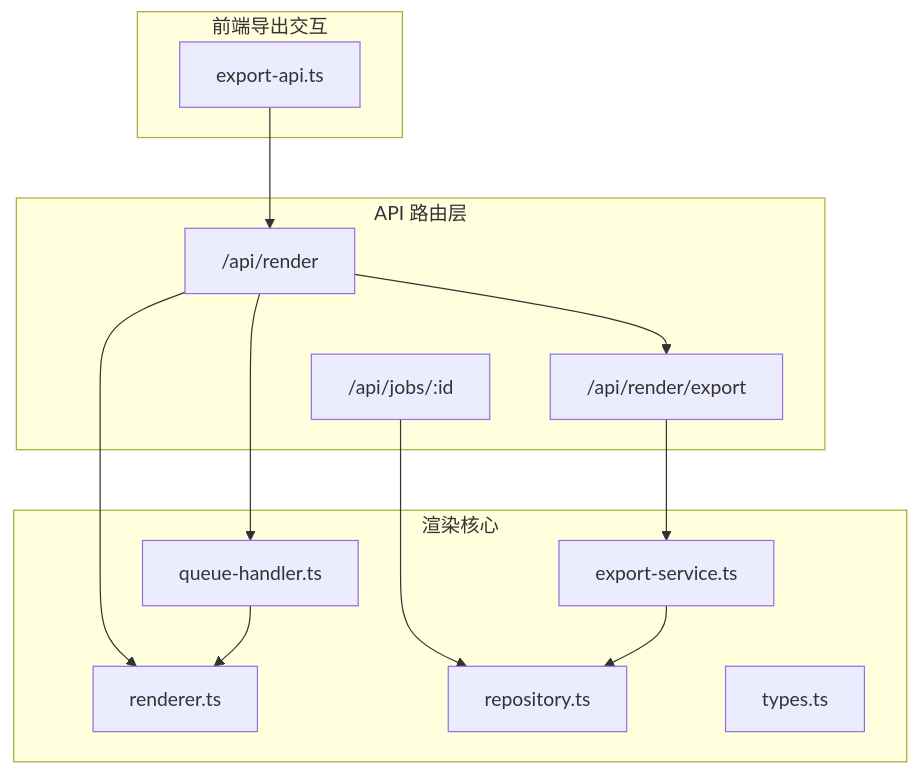
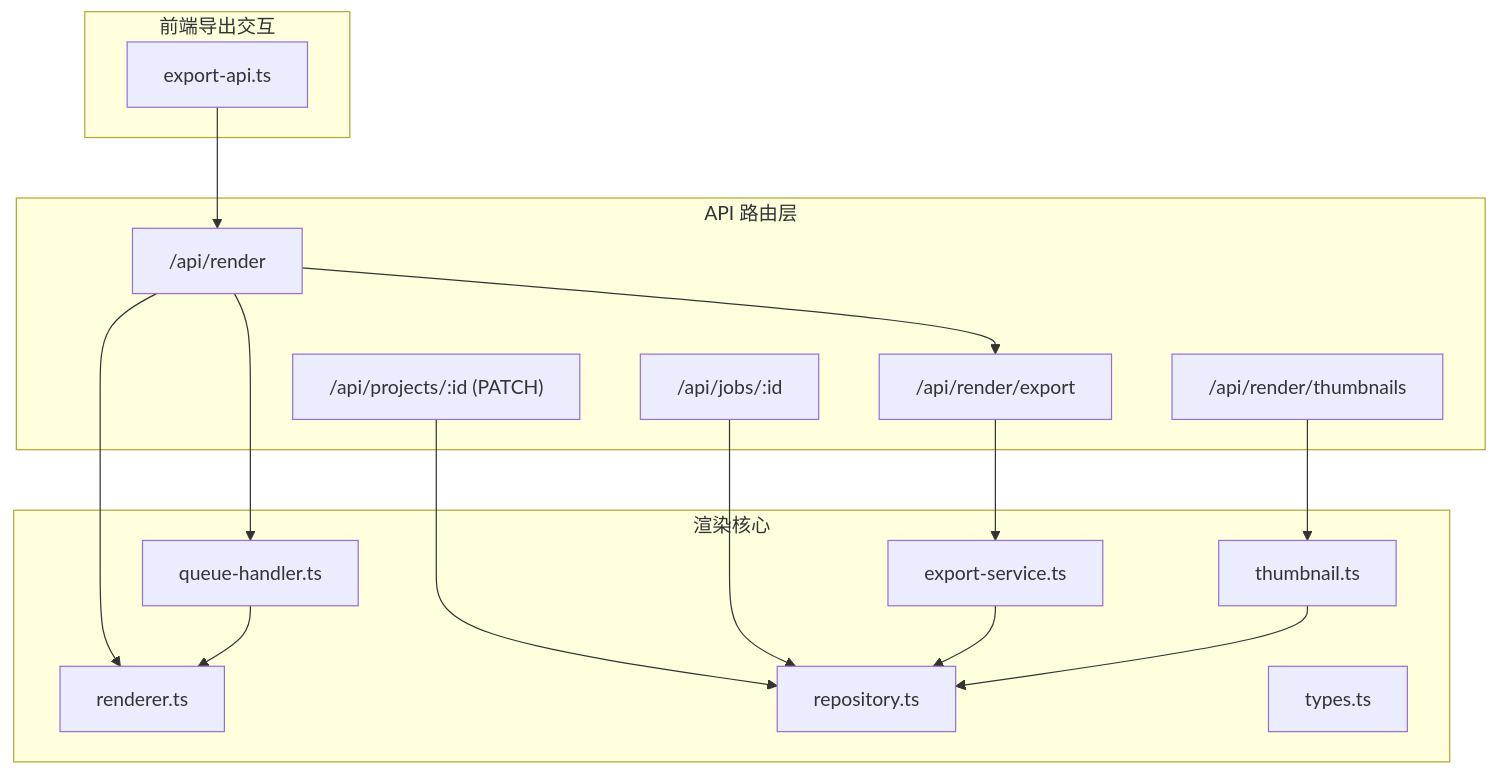
The first of 3 diagrams in .qoder/repowiki/zh/content/API 参考/渲染导出 API.md (AIMFllyYS/code-video-canvas), drawn with Mermaid before and after one commit. The commit also changed other lines of this file and 7 other files, not shown here.

````diff
--- a/.qoder/repowiki/zh/content/API 参考/渲染导出 API.md
+++ b/.qoder/repowiki/zh/content/API 参考/渲染导出 API.md
@@ -43,24 +54,30 @@
 ```mermaid
 graph TB
 subgraph "API 路由层"
 R["/api/render"] --> RE["/api/render/export"]
+RT["/api/render/thumbnails"]
+PJ["/api/projects/:id (PATCH)"]
 J["/api/jobs/:id"]
 end
 subgraph "前端导出交互"
 EA["export-api.ts"]
 end
 subgraph "渲染核心"
 QH["queue-handler.ts"]
 RS["renderer.ts"]
 ES["export-service.ts"]
 RP["repository.ts"]
 TP["types.ts"]
+TH["thumbnail.ts"]
 end
 EA --> R
 R --> QH
 R --> RS
 RE --> ES
+RT --> TH
+PJ --> RP
 J --> RP
 QH --> RS
 ES --> RP
+TH --> RP
 ```
````
